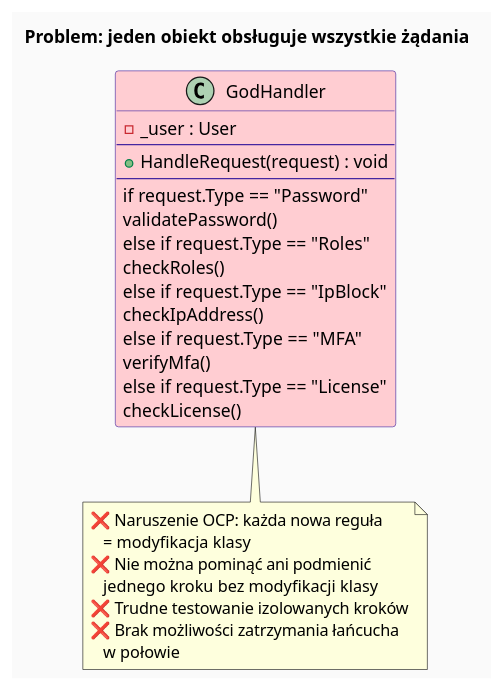
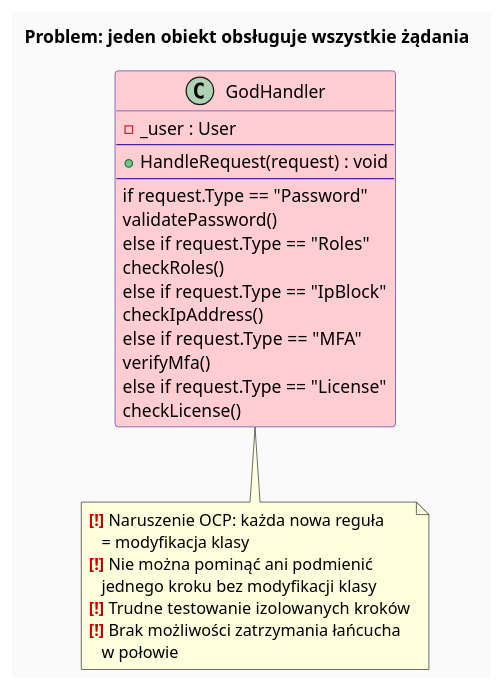
One commit to tborzyszkowski/DesignPatterns changed the diagram in src/18-lancuch-zobowiazan/01-idea-i-kontekst/diagrams/01-problem.puml. Above: the diagram before and after it, drawn with PlantUML. The commit also changed 2 other files, not shown here.

Commit message:
Enhance OCP violation notes in UML diagram and update settings for Java process execution

```diff
--- a/src/18-lancuch-zobowiazan/01-idea-i-kontekst/diagrams/01-problem.puml
+++ b/src/18-lancuch-zobowiazan/01-idea-i-kontekst/diagrams/01-problem.puml
@@ -1,36 +1,36 @@
 @startuml cor_problem
 skinparam backgroundColor #FAFAFA
 skinparam classBorderColor #4527A0
 skinparam classBackgroundColor #EDE7F6
 skinparam titleFontSize 14
 
 title Problem: jeden obiekt obsługuje wszystkie żądania
 
 class GodHandler #FFCDD2 {
   - _user : User
   --
   + HandleRequest(request) : void
   --
   if request.Type == "Password"
     validatePassword()
   else if request.Type == "Roles"
     checkRoles()
   else if request.Type == "IpBlock"
     checkIpAddress()
   else if request.Type == "MFA"
     verifyMfa()
   else if request.Type == "License"
     checkLicense()
 }
 
 note bottom of GodHandler
-  ❌ Naruszenie OCP: każda nowa reguła
+  <color:#CC0000><b>[!]</b></color> Naruszenie OCP: każda nowa reguła
      = modyfikacja klasy
-  ❌ Nie można pominąć ani podmienić
+  <color:#CC0000><b>[!]</b></color> Nie można pominąć ani podmienić
      jednego kroku bez modyfikacji klasy
-  ❌ Trudne testowanie izolowanych kroków
-  ❌ Brak możliwości zatrzymania łańcucha
+  <color:#CC0000><b>[!]</b></color> Trudne testowanie izolowanych kroków
+  <color:#CC0000><b>[!]</b></color> Brak możliwości zatrzymania łańcucha
      w połowie
 end note
 
 @enduml
```
